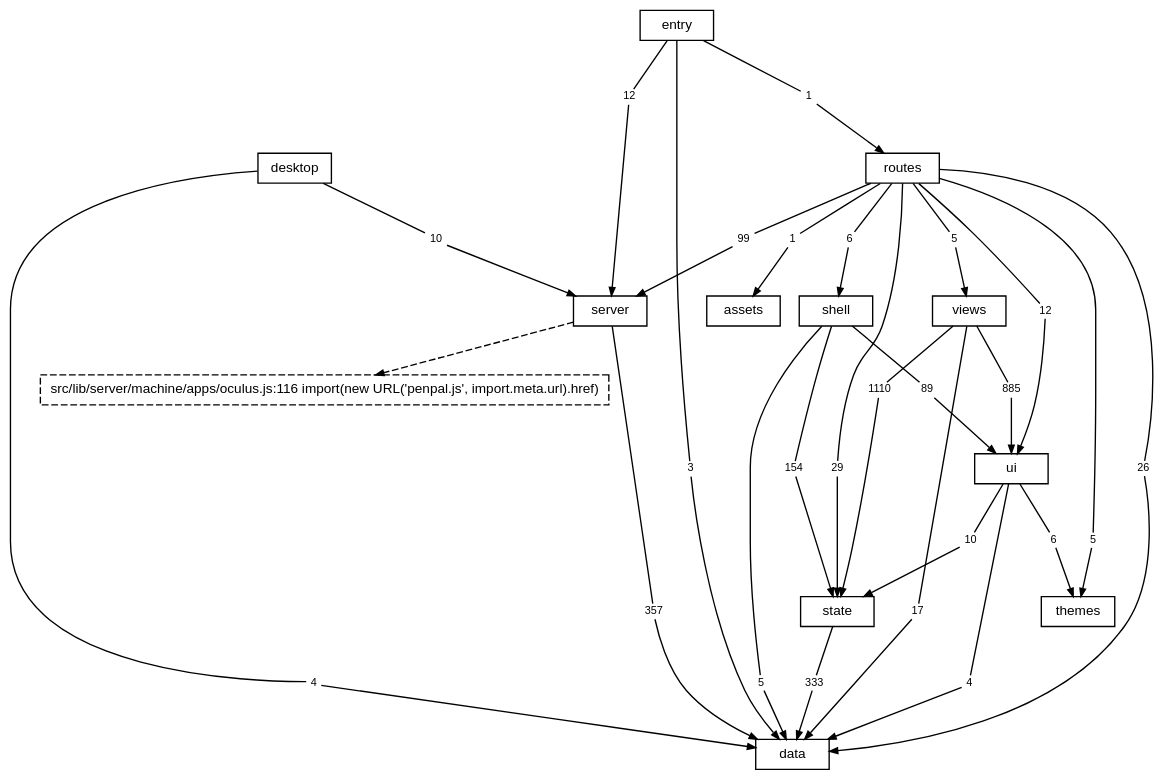
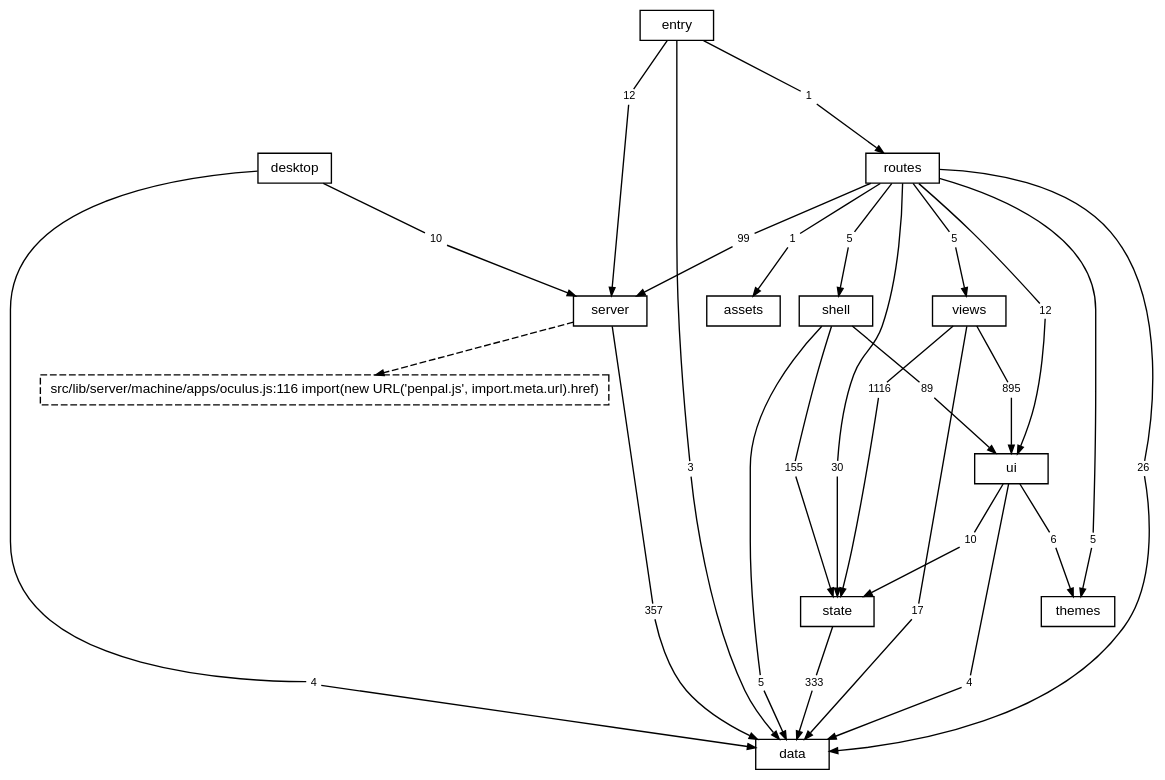
The diagram in docs/diagrams/layers.dot (TheAxeC/oculus), drawn with Graphviz before and after one commit. The commit also changed 40 other files, not shown here.

```diff
--- a/docs/diagrams/layers.dot
+++ b/docs/diagrams/layers.dot
@@ -1,90 +1,90 @@
 digraph layers {
     graph [bgcolor="transparent", rankdir=TB, newrank=true, fontname="Helvetica,Arial,sans-serif", fontsize=12, nodesep=0.2, ranksep=0.5];
     node [shape=box, color="black", fontcolor="black", fontname="Helvetica,Arial,sans-serif", fontsize=10, height=0.3, margin="0.12,0.04"];
     edge [color="black", fontcolor="black", fontname="Helvetica,Arial,sans-serif", fontsize=8, arrowsize=0.6];
     "data";
     "server";
     "state";
     "ui";
     "shell";
     "views";
     "themes";
     "routes";
     "desktop";
     "src" [label="entry"];
     "files: assets" [label="assets"];
     "? src/lib/server/machine/apps/oculus.js:116" [label="src/lib/server/machine/apps/oculus.js:116 import(new URL('penpal.js', import.meta.url).href)", style=dashed];
     "desktop to data" [label="4", shape=box, color="transparent", fontsize=8, width=0, height=0, margin="0.04,0.02"];
     "desktop" -> "desktop to data" [arrowhead=none];
     "desktop to data" -> "data" [];
     "desktop to server" [label="10", shape=box, color="transparent", fontsize=8, width=0, height=0, margin="0.04,0.02"];
     "desktop" -> "desktop to server" [arrowhead=none];
     "desktop to server" -> "server" [];
     "routes to data" [label="26", shape=box, color="transparent", fontsize=8, width=0, height=0, margin="0.04,0.02"];
     "routes" -> "routes to data" [arrowhead=none];
     "routes to data" -> "data" [];
     "routes to files: assets" [label="1", shape=box, color="transparent", fontsize=8, width=0, height=0, margin="0.04,0.02"];
     "routes" -> "routes to files: assets" [arrowhead=none];
     "routes to files: assets" -> "files: assets" [];
     "routes to server" [label="99", shape=box, color="transparent", fontsize=8, width=0, height=0, margin="0.04,0.02"];
     "routes" -> "routes to server" [arrowhead=none];
     "routes to server" -> "server" [];
-    "routes to shell" [label="6", shape=box, color="transparent", fontsize=8, width=0, height=0, margin="0.04,0.02"];
+    "routes to shell" [label="5", shape=box, color="transparent", fontsize=8, width=0, height=0, margin="0.04,0.02"];
     "routes" -> "routes to shell" [arrowhead=none];
     "routes to shell" -> "shell" [];
-    "routes to state" [label="29", shape=box, color="transparent", fontsize=8, width=0, height=0, margin="0.04,0.02"];
+    "routes to state" [label="30", shape=box, color="transparent", fontsize=8, width=0, height=0, margin="0.04,0.02"];
     "routes" -> "routes to state" [arrowhead=none];
     "routes to state" -> "state" [];
     "routes to themes" [label="5", shape=box, color="transparent", fontsize=8, width=0, height=0, margin="0.04,0.02"];
     "routes" -> "routes to themes" [arrowhead=none];
     "routes to themes" -> "themes" [];
     "routes to ui" [label="12", shape=box, color="transparent", fontsize=8, width=0, height=0, margin="0.04,0.02"];
     "routes" -> "routes to ui" [arrowhead=none];
     "routes to ui" -> "ui" [];
     "routes to views" [label="5", shape=box, color="transparent", fontsize=8, width=0, height=0, margin="0.04,0.02"];
     "routes" -> "routes to views" [arrowhead=none];
     "routes to views" -> "views" [];
     "server to data" [label="357", shape=box, color="transparent", fontsize=8, width=0, height=0, margin="0.04,0.02"];
     "server" -> "server to data" [arrowhead=none];
     "server to data" -> "data" [];
     "shell to data" [label="5", shape=box, color="transparent", fontsize=8, width=0, height=0, margin="0.04,0.02"];
     "shell" -> "shell to data" [arrowhead=none];
     "shell to data" -> "data" [];
-    "shell to state" [label="154", shape=box, color="transparent", fontsize=8, width=0, height=0, margin="0.04,0.02"];
+    "shell to state" [label="155", shape=box, color="transparent", fontsize=8, width=0, height=0, margin="0.04,0.02"];
     "shell" -> "shell to state" [arrowhead=none];
     "shell to state" -> "state" [];
     "shell to ui" [label="89", shape=box, color="transparent", fontsize=8, width=0, height=0, margin="0.04,0.02"];
     "shell" -> "shell to ui" [arrowhead=none];
     "shell to ui" -> "ui" [];
     "src to data" [label="3", shape=box, color="transparent", fontsize=8, width=0, height=0, margin="0.04,0.02"];
     "src" -> "src to data" [arrowhead=none];
     "src to data" -> "data" [];
     "src to routes" [label="1", shape=box, color="transparent", fontsize=8, width=0, height=0, margin="0.04,0.02"];
     "src" -> "src to routes" [arrowhead=none];
     "src to routes" -> "routes" [];
     "src to server" [label="12", shape=box, color="transparent", fontsize=8, width=0, height=0, margin="0.04,0.02"];
     "src" -> "src to server" [arrowhead=none];
     "src to server" -> "server" [];
     "state to data" [label="333", shape=box, color="transparent", fontsize=8, width=0, height=0, margin="0.04,0.02"];
     "state" -> "state to data" [arrowhead=none];
     "state to data" -> "data" [];
     "ui to data" [label="4", shape=box, color="transparent", fontsize=8, width=0, height=0, margin="0.04,0.02"];
     "ui" -> "ui to data" [arrowhead=none];
     "ui to data" -> "data" [];
     "ui to state" [label="10", shape=box, color="transparent", fontsize=8, width=0, height=0, margin="0.04,0.02"];
     "ui" -> "ui to state" [arrowhead=none];
     "ui to state" -> "state" [];
     "ui to themes" [label="6", shape=box, color="transparent", fontsize=8, width=0, height=0, margin="0.04,0.02"];
     "ui" -> "ui to themes" [arrowhead=none];
     "ui to themes" -> "themes" [];
     "views to data" [label="17", shape=box, color="transparent", fontsize=8, width=0, height=0, margin="0.04,0.02"];
     "views" -> "views to data" [arrowhead=none];
     "views to data" -> "data" [];
-    "views to state" [label="1110", shape=box, color="transparent", fontsize=8, width=0, height=0, margin="0.04,0.02"];
+    "views to state" [label="1116", shape=box, color="transparent", fontsize=8, width=0, height=0, margin="0.04,0.02"];
     "views" -> "views to state" [arrowhead=none];
     "views to state" -> "state" [];
-    "views to ui" [label="885", shape=box, color="transparent", fontsize=8, width=0, height=0, margin="0.04,0.02"];
+    "views to ui" [label="895", shape=box, color="transparent", fontsize=8, width=0, height=0, margin="0.04,0.02"];
     "views" -> "views to ui" [arrowhead=none];
     "views to ui" -> "ui" [];
     "server" -> "? src/lib/server/machine/apps/oculus.js:116" [style=dashed];
 }
```
